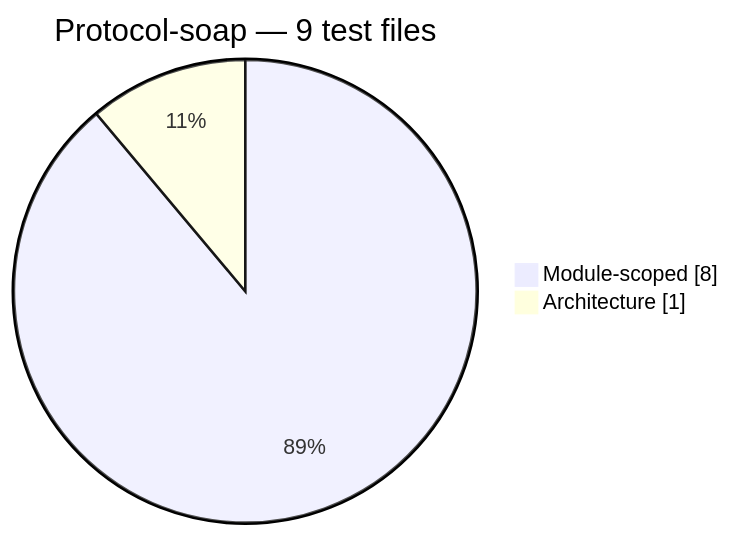
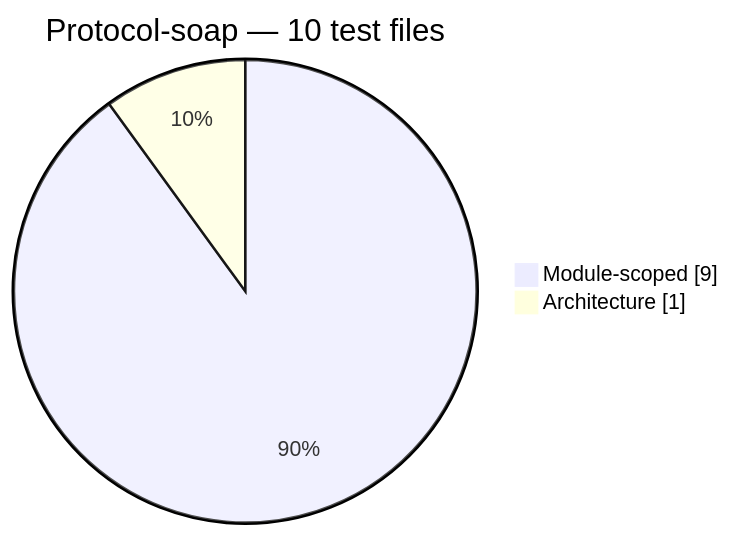
One commit to PHP-Arazzo/php-arazzo changed diagram 11 of 13 in docs/generated/test-composition.md. Above: the diagram before and after it, drawn with Mermaid. The commit also changed other lines of this file and 142 other files, not shown here.

````diff
--- a/docs/generated/test-composition.md
+++ b/docs/generated/test-composition.md
@@ -158,6 +158,6 @@
 ```mermaid
 pie showData
-    title Protocol-soap — 9 test files
-    "Module-scoped": 8
+    title Protocol-soap — 10 test files
+    "Module-scoped": 9
     "Architecture": 1
 ```
````
